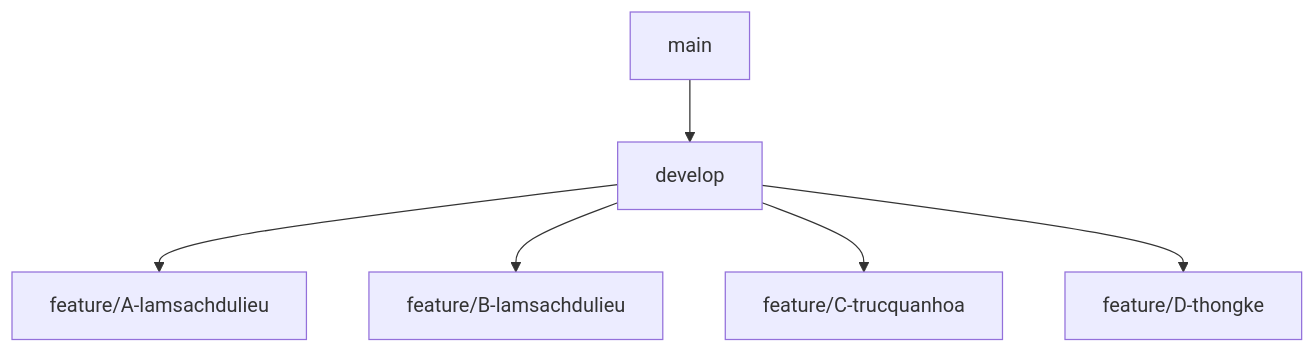
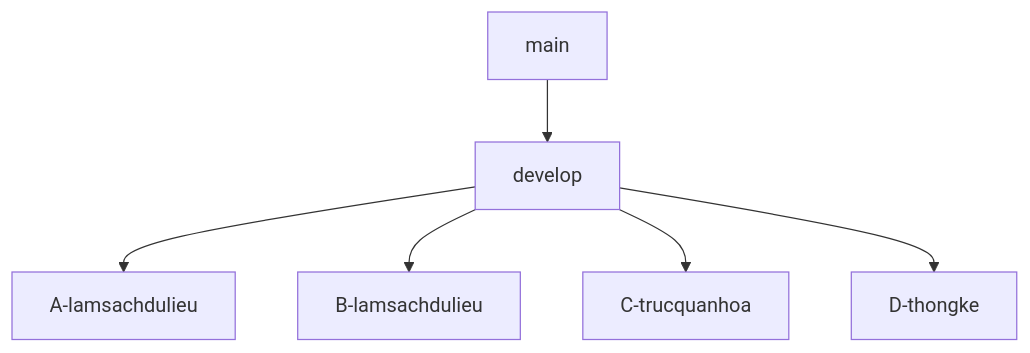
Before and after one commit to nguyendat6625/uneti-ds-project1-sleep-health: the diagram in README.md, drawn with Mermaid. The commit also changed other lines of this file, not shown here.

````diff
--- a/README.md
+++ b/README.md
@@ -52,8 +54,8 @@
 ```mermaid
 graph TD;
     A[main] --> B[develop];
-    B --> C[feature/A-lamsachdulieu];
-    B --> G[feature/B-lamsachdulieu];
-    B --> D[feature/C-trucquanhoa];
-    B --> E[feature/D-thongke];
+    B --> C[A-lamsachdulieu];
+    B --> G[B-lamsachdulieu];
+    B --> D[C-trucquanhoa];
+    B --> E[D-thongke];
 ```
````
